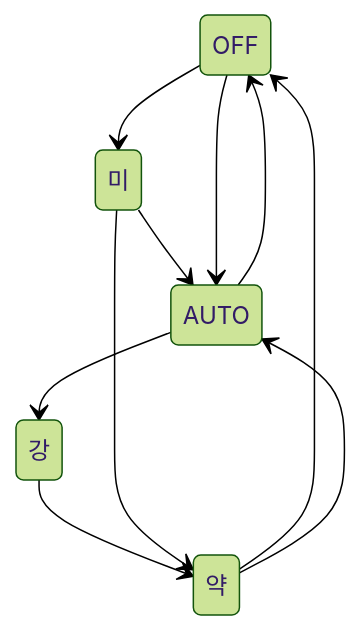
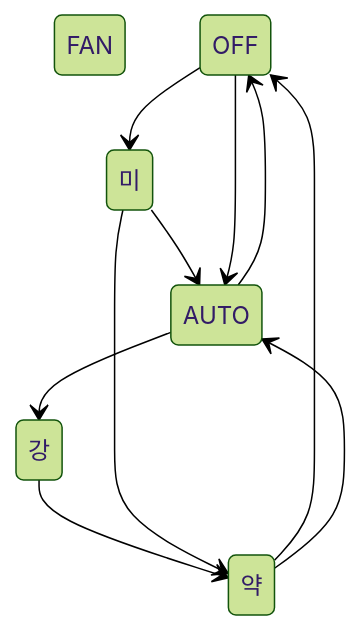
Before and after one commit to kimdoha123/ATmega128_Smart_Fan: the first of 2 diagrams in README.md, drawn with Mermaid (forest theme). The commit also changed other lines of this file, not shown here.

````diff
--- a/README.md
+++ b/README.md
@@ -30,12 +30,13 @@
 ```mermaid
 stateDiagram-v2
+FAN
     OFF --> 미
     미 --> AUTO
     AUTO --> 강
     강 --> 약
     약 --> OFF
     OFF --> AUTO
     AUTO --> OFF
     미 --> 약
     약 --> AUTO
 ```
````
